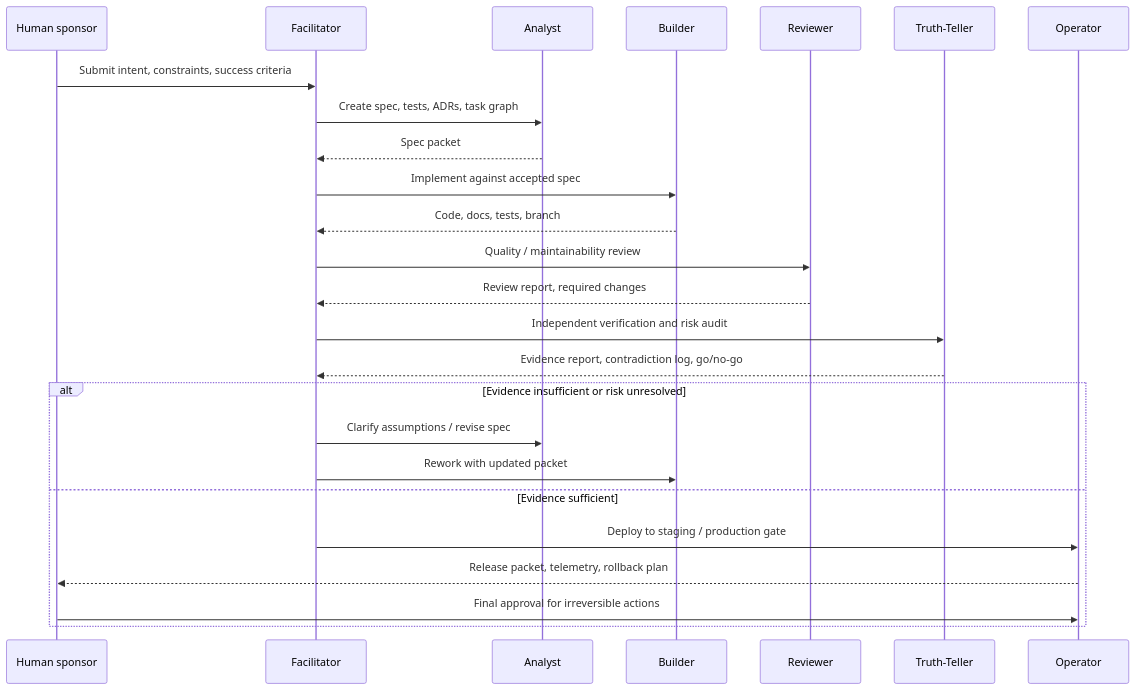
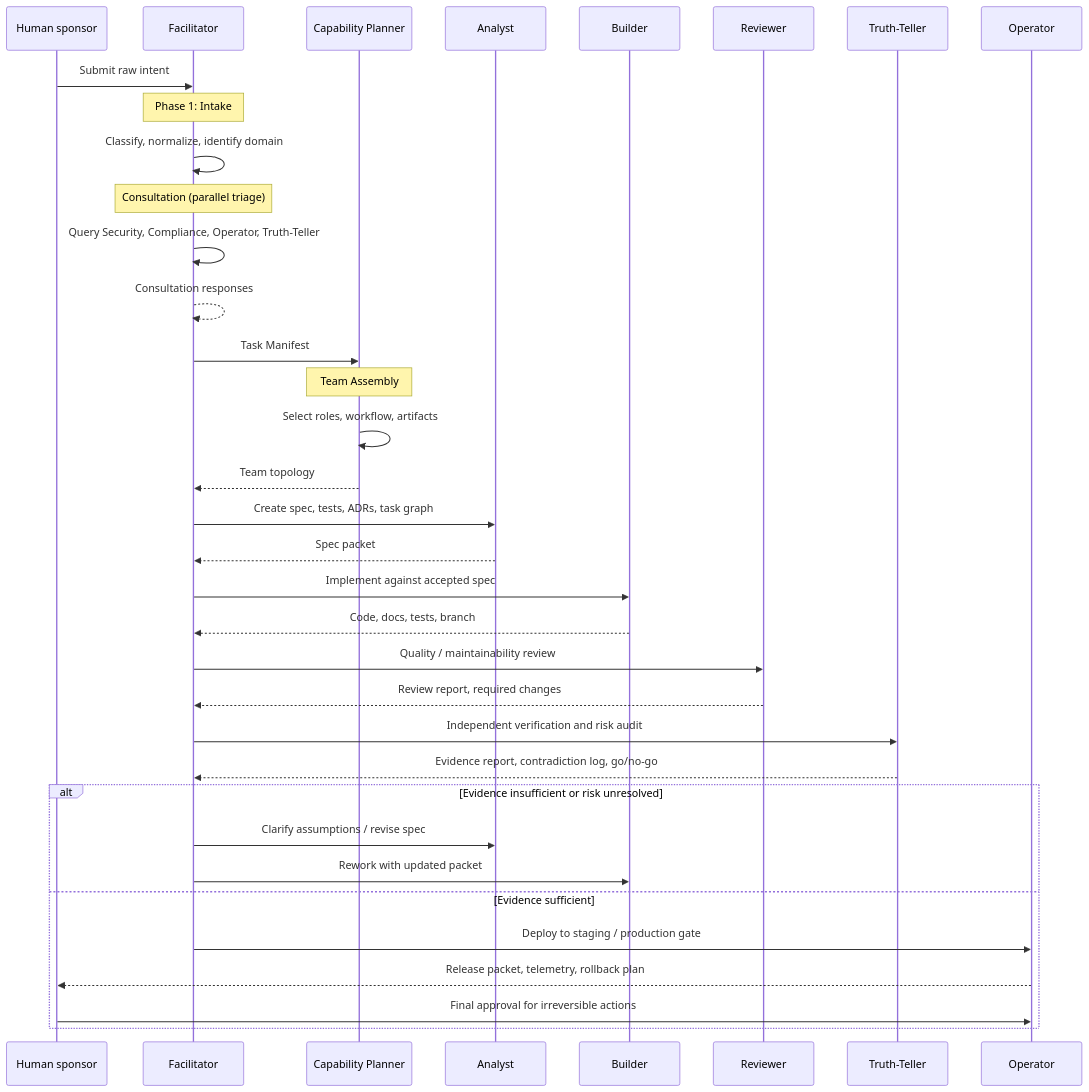
Before and after one commit to NovelBamboo/novel-team: the diagram in okf/workflows/default.md, drawn with Mermaid. The commit also changed other lines of this file and 12 other files, not shown here.

````diff
--- a/okf/workflows/default.md
+++ b/okf/workflows/default.md
@@ -84,28 +103,38 @@
 ```mermaid
 sequenceDiagram
     participant H as Human sponsor
     participant F as Facilitator
+    participant CP as Capability Planner
     participant A as Analyst
     participant B as Builder
     participant R as Reviewer
     participant T as Truth-Teller
     participant O as Operator
 
-    H->>F: Submit intent, constraints, success criteria
+    H->>F: Submit raw intent
+    Note over F: Phase 1: Intake
+    F->>F: Classify, normalize, identify domain
+    Note over F: Consultation (parallel triage)
+    F->>F: Query Security, Compliance, Operator, Truth-Teller
+    F-->>F: Consultation responses
+    F->>CP: Task Manifest
+    Note over CP: Team Assembly
+    CP->>CP: Select roles, workflow, artifacts
+    CP-->>F: Team topology
     F->>A: Create spec, tests, ADRs, task graph
     A-->>F: Spec packet
     F->>B: Implement against accepted spec
     B-->>F: Code, docs, tests, branch
     F->>R: Quality / maintainability review
     R-->>F: Review report, required changes
     F->>T: Independent verification and risk audit
     T-->>F: Evidence report, contradiction log, go/no-go
     alt Evidence insufficient or risk unresolved
         F->>A: Clarify assumptions / revise spec
         F->>B: Rework with updated packet
     else Evidence sufficient
         F->>O: Deploy to staging / production gate
         O-->>H: Release packet, telemetry, rollback plan
         H->>O: Final approval for irreversible actions
     end
 ```
````
